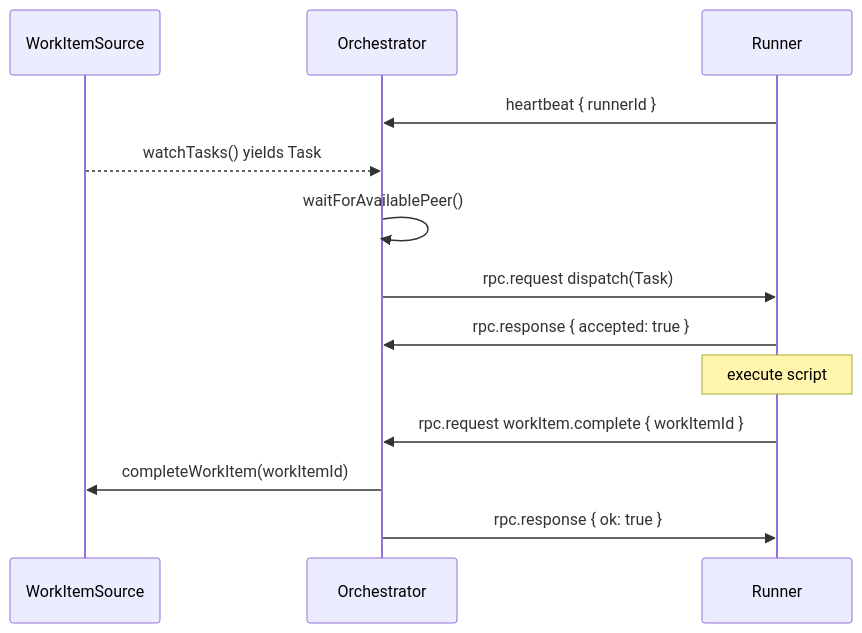
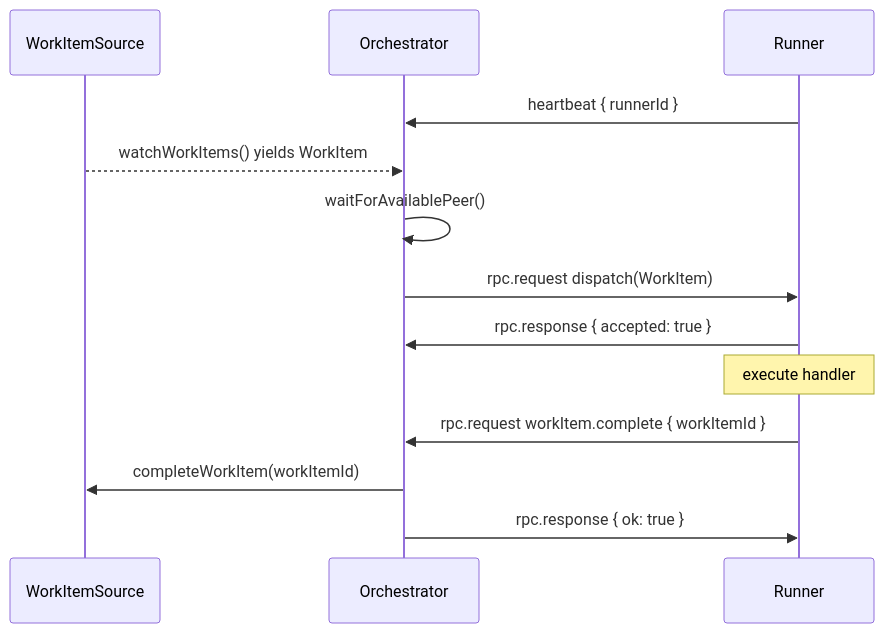
Before and after one commit to devzeebo/bifrost: the diagram in orchestrator-v2/docs/orchestrator.md, drawn with Mermaid. The commit also changed other lines of this file and 9 other files, not shown here.

````diff
--- a/orchestrator-v2/docs/orchestrator.md
+++ b/orchestrator-v2/docs/orchestrator.md
@@ -32,16 +32,16 @@
 ```mermaid
 sequenceDiagram
   participant TS as WorkItemSource
   participant O as Orchestrator
   participant R as Runner
 
   R->>O: heartbeat { runnerId }
-  TS-->>O: watchTasks() yields Task
+  TS-->>O: watchWorkItems() yields WorkItem
   O->>O: waitForAvailablePeer()
-  O->>R: rpc.request dispatch(Task)
+  O->>R: rpc.request dispatch(WorkItem)
   R->>O: rpc.response { accepted: true }
-  Note over R: execute script
+  Note over R: execute handler
   R->>O: rpc.request workItem.complete { workItemId }
   O->>TS: completeWorkItem(workItemId)
   O->>R: rpc.response { ok: true }
 ```
````
